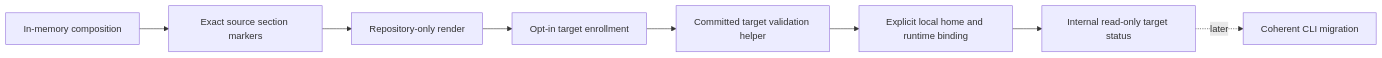
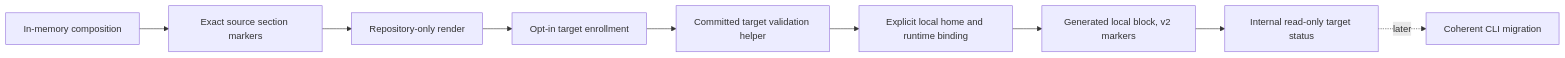
The sixth of 6 diagrams in docs/shared-instructions-design.md (ferrywlto/ai-env-as-code), drawn with Mermaid before and after one commit. The commit also changed other lines of this file and 7 other files, not shown here.

````diff
--- a/docs/shared-instructions-design.md
+++ b/docs/shared-instructions-design.md
@@ -172,10 +174,11 @@
 ```mermaid
 flowchart LR
     Compose[In-memory composition] --> Sections[Exact source section markers]
     Sections --> Render[Repository-only render]
     Render --> Enrollment[Opt-in target enrollment]
     Enrollment --> Validation[Committed target validation helper]
     Validation --> Local[Explicit local home and runtime binding]
-    Local --> Inspect[Internal read-only target status]
+    Local --> Block[Generated local block, v2 markers]
+    Block --> Inspect[Internal read-only target status]
     Inspect -.->|later| Directional[Coherent CLI migration]
 ```
````
